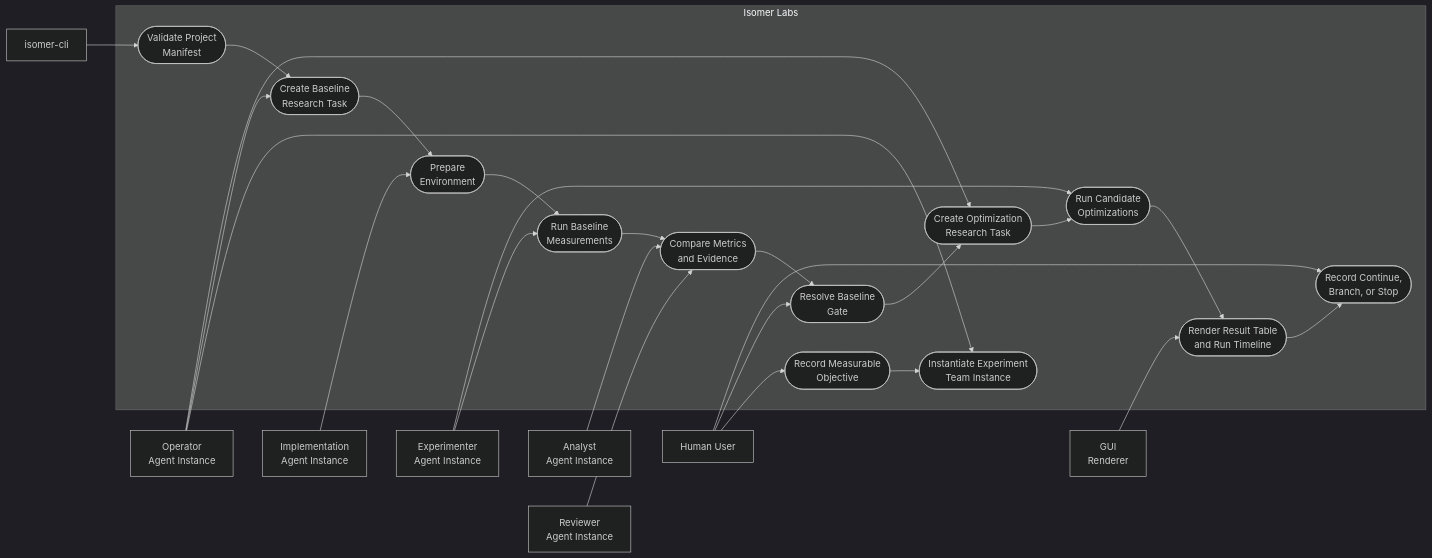
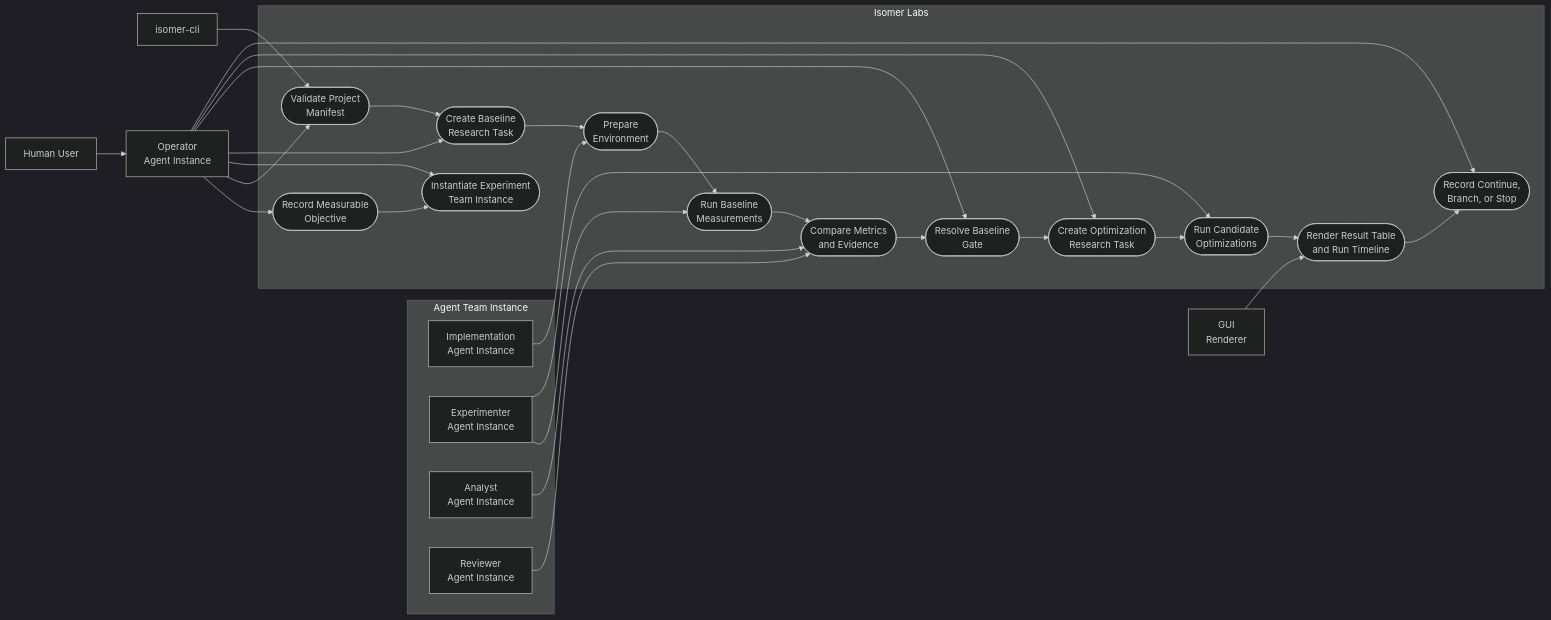
One commit to CodeGandee/isomer-labs changed the first of 2 diagrams in .imsight-arts/project-explore/use-cases/uc-02-reproduce-baseline-and-optimize.md. Above: the diagram before and after it, drawn with Mermaid (dark theme). The commit also changed other lines of this file and 4 other files, not shown here.

Commit message:
docs: route users through operator agent

````diff
--- a/.imsight-arts/project-explore/use-cases/uc-02-reproduce-baseline-and-optimize.md
+++ b/.imsight-arts/project-explore/use-cases/uc-02-reproduce-baseline-and-optimize.md
@@ -33,51 +33,56 @@
 ```mermaid
 flowchart LR
   User[Human User]
   CLI[isomer-cli]
   Operator["Operator<br/>Agent Instance"]
-  Implementation["Implementation<br/>Agent Instance"]
-  Experimenter["Experimenter<br/>Agent Instance"]
-  Analyst["Analyst<br/>Agent Instance"]
-  Reviewer["Reviewer<br/>Agent Instance"]
   GUI["GUI<br/>Renderer"]
+
+  subgraph TeamInstance["Agent Team Instance"]
+    Implementation["Implementation<br/>Agent Instance"]
+    Experimenter["Experimenter<br/>Agent Instance"]
+    Analyst["Analyst<br/>Agent Instance"]
+    Reviewer["Reviewer<br/>Agent Instance"]
+  end
 
   subgraph Isomer["Isomer Labs"]
     UC1([Record Measurable<br/>Objective])
     UC2([Validate Project<br/>Manifest])
     UC3([Instantiate Experiment<br/>Team Instance])
     UC4([Create Baseline<br/>Research Task])
     UC5([Prepare<br/>Environment])
     UC6([Run Baseline<br/>Measurements])
     UC7([Compare Metrics<br/>and Evidence])
     UC8([Resolve Baseline<br/>Gate])
     UC9([Create Optimization<br/>Research Task])
     UC10([Run Candidate<br/>Optimizations])
     UC11([Render Result Table<br/>and Run Timeline])
     UC12([Record Continue,<br/>Branch, or Stop])
   end
 
-  User --> UC1
+  User --> Operator
   CLI --> UC2
+  Operator --> UC1
+  Operator --> UC2
   Operator --> UC3
   Operator --> UC4
   Implementation --> UC5
   Experimenter --> UC6
   Analyst --> UC7
   Reviewer --> UC7
-  User --> UC8
+  Operator --> UC8
   Operator --> UC9
   Experimenter --> UC10
   GUI --> UC11
-  User --> UC12
+  Operator --> UC12
 
   UC1 --> UC3
   UC2 --> UC4
   UC4 --> UC5
   UC5 --> UC6
   UC6 --> UC7
   UC7 --> UC8
   UC8 --> UC9
   UC9 --> UC10
   UC10 --> UC11
   UC11 --> UC12
 ```
````
